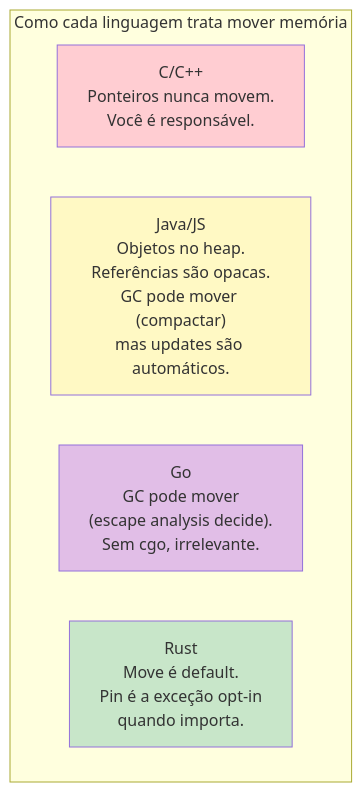
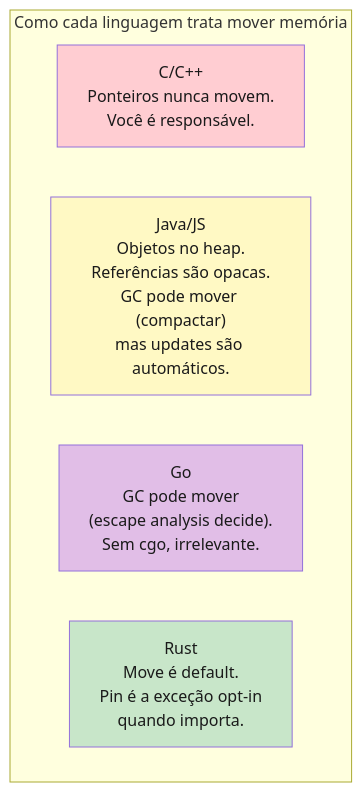
Before and after one commit to Felipeness/ferro-e-espirito: the diagram in book/part-13-unsafe-and-ffi/ch38-pinning.md, drawn with Mermaid. The commit also changed 56 other files, not shown here.

First line of the commit message:
fix: contraste de texto em diagramas mermaid

````diff
--- a/book/part-13-unsafe-and-ffi/ch38-pinning.md
+++ b/book/part-13-unsafe-and-ffi/ch38-pinning.md
@@ -136,13 +136,13 @@
 ```mermaid
 graph TB
     subgraph "Como cada linguagem trata mover memória"
         C["C/C++<br/>Ponteiros nunca movem.<br/>Você é responsável."]
         Java["Java/JS<br/>Objetos no heap.<br/>Referências são opacas.<br/>GC pode mover (compactar)<br/>mas updates são automáticos."]
         Go["Go<br/>GC pode mover<br/>(escape analysis decide).<br/>Sem cgo, irrelevante."]
         Rust["Rust<br/>Move é default.<br/>Pin é a exceção opt-in<br/>quando importa."]
     end
-    style C fill:#ffcdd2
-    style Java fill:#fff9c4
-    style Go fill:#e1bee7
-    style Rust fill:#c8e6c9
+    style C fill:#ffcdd2,color:#1a1a1a
+    style Java fill:#fff9c4,color:#1a1a1a
+    style Go fill:#e1bee7,color:#1a1a1a
+    style Rust fill:#c8e6c9,color:#1a1a1a
 ```
````
